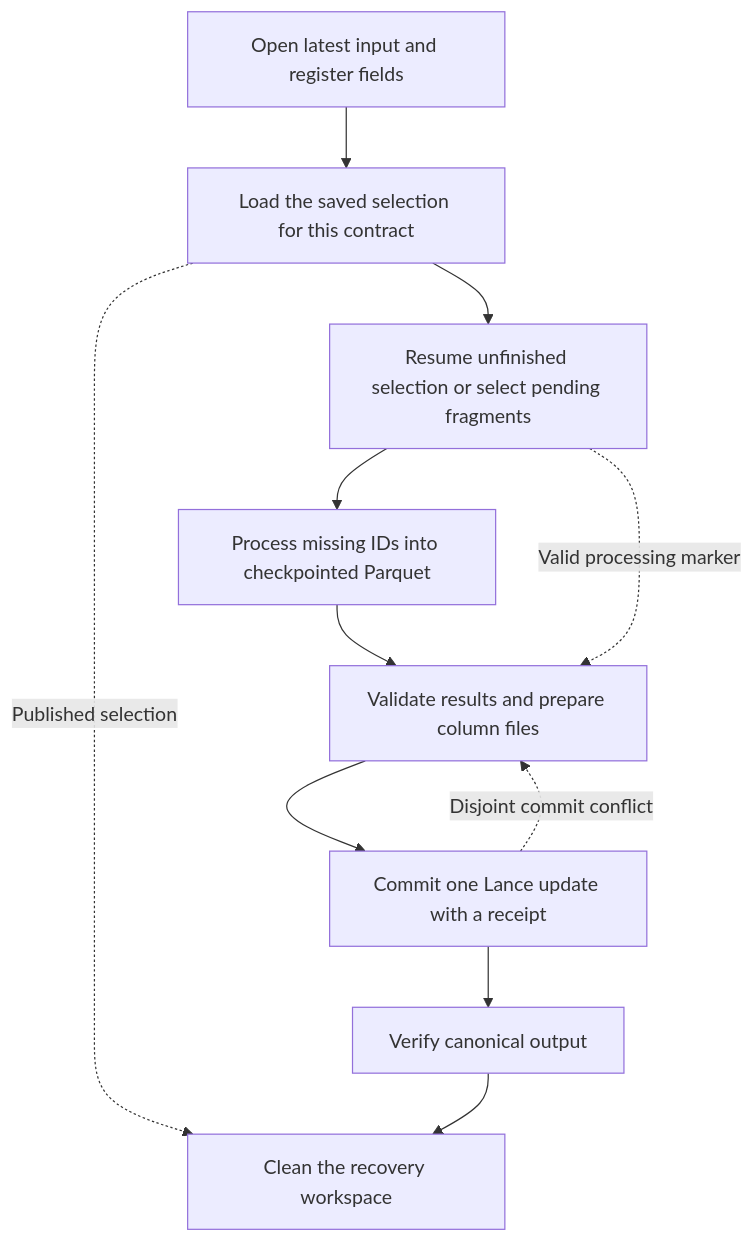
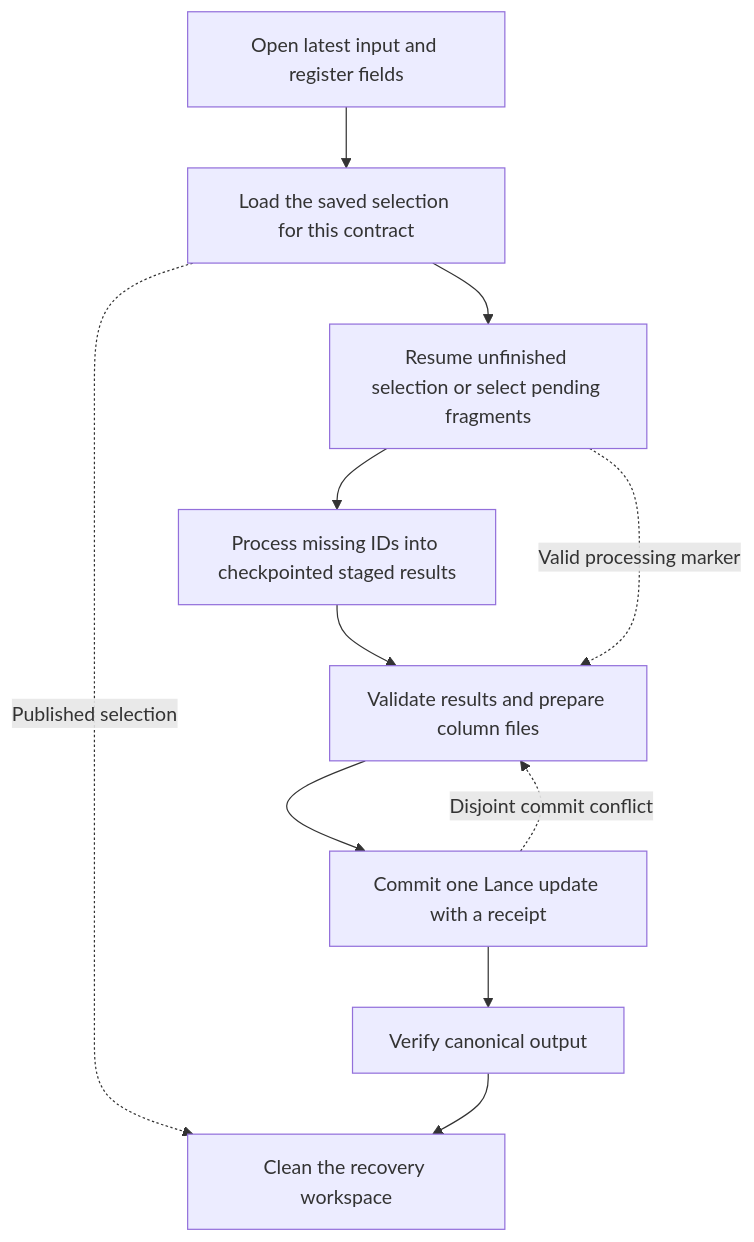
One commit to NVIDIA/cosmos-curator changed the diagram in docs/curator/design/curator-next-checkpoint-recovery.md. Above: the diagram before and after it, drawn with Mermaid. The commit also changed other lines of this file and 47 other files, not shown here.

Commit message:
refactor(next): stage checkpointed results as Arrow IPC instead of Parquet

````diff
--- a/docs/curator/design/curator-next-checkpoint-recovery.md
+++ b/docs/curator/design/curator-next-checkpoint-recovery.md
@@ -269,13 +272,13 @@
 ```mermaid
 flowchart TD
     input["Open latest input and register fields"] --> recovery["Load the saved selection for this contract"]
     recovery --> workspace["Resume unfinished selection or select pending fragments"]
     recovery -. "Published selection" .-> cleanup
-    workspace --> processing["Process missing IDs into checkpointed Parquet"]
+    workspace --> processing["Process missing IDs into checkpointed staged results"]
     processing --> prepare["Validate results and prepare column files"]
     workspace -. "Valid processing marker" .-> prepare
     prepare --> commit["Commit one Lance update with a receipt"]
     commit -. "Disjoint commit conflict" .-> prepare
     commit --> verify["Verify canonical output"]
     verify --> cleanup["Clean the recovery workspace"]
 ```
````
